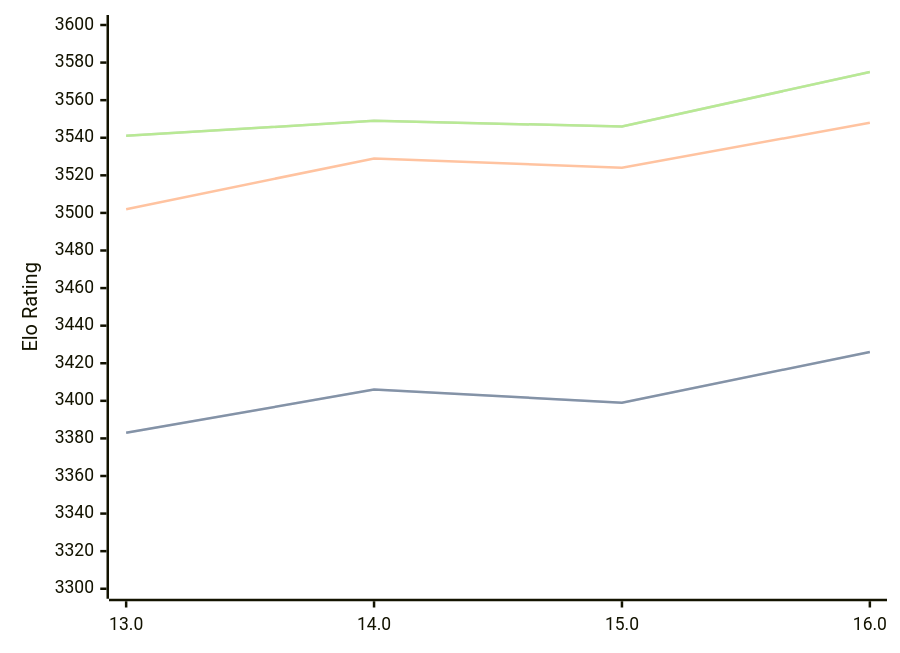
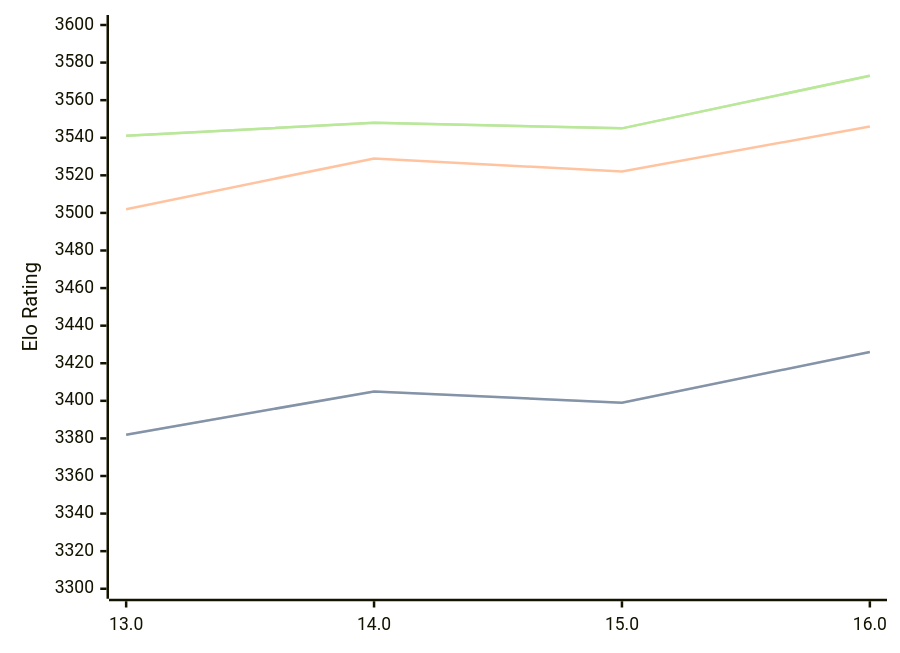
Before and after one commit to computer-chess-index/cci: the diagram in engines/Obsidian.md, drawn with Mermaid. The commit also changed other lines of this file, not shown here.

Commit message:
Update CCI Ratings (ELO VLTC) - 2026-08-03

````diff
--- a/engines/Obsidian.md
+++ b/engines/Obsidian.md
@@ -43,11 +43,11 @@
 ```mermaid
 %%{init: {"theme":"base","themeVariables":{"seriesColors:['#a3a3a3','#222221','#faa371']}}}%%
 xychart-beta
   x-axis ["13.0", "14.0", "15.0", "16.0"]
   y-axis "Elo Rating" 3300 --> 3600
-  line "STC (8.0+0.08s)" [3383, 3406, 3399, 3426]
-  line "STC (8.0+0.08s)" [3383, 3406, 3399, 3426]
-  line "LTC (60.0+0.60s)" [3502, 3529, 3524, 3548]
-  line "VLTC (2m24s+1.12s)" [3541, 3549, 3546, 3575]
-  line "VLTC (2m24s+1.12s)" [3541, 3549, 3546, 3575]
+  line "STC (8.0+0.08s)" [3382, 3405, 3399, 3426]
+  line "STC (8.0+0.08s)" [3382, 3405, 3399, 3426]
+  line "LTC (60.0+0.60s)" [3502, 3529, 3522, 3546]
+  line "VLTC (2m24s+1.12s)" [3541, 3548, 3545, 3573]
+  line "VLTC (2m24s+1.12s)" [3541, 3548, 3545, 3573]
 ```
````
